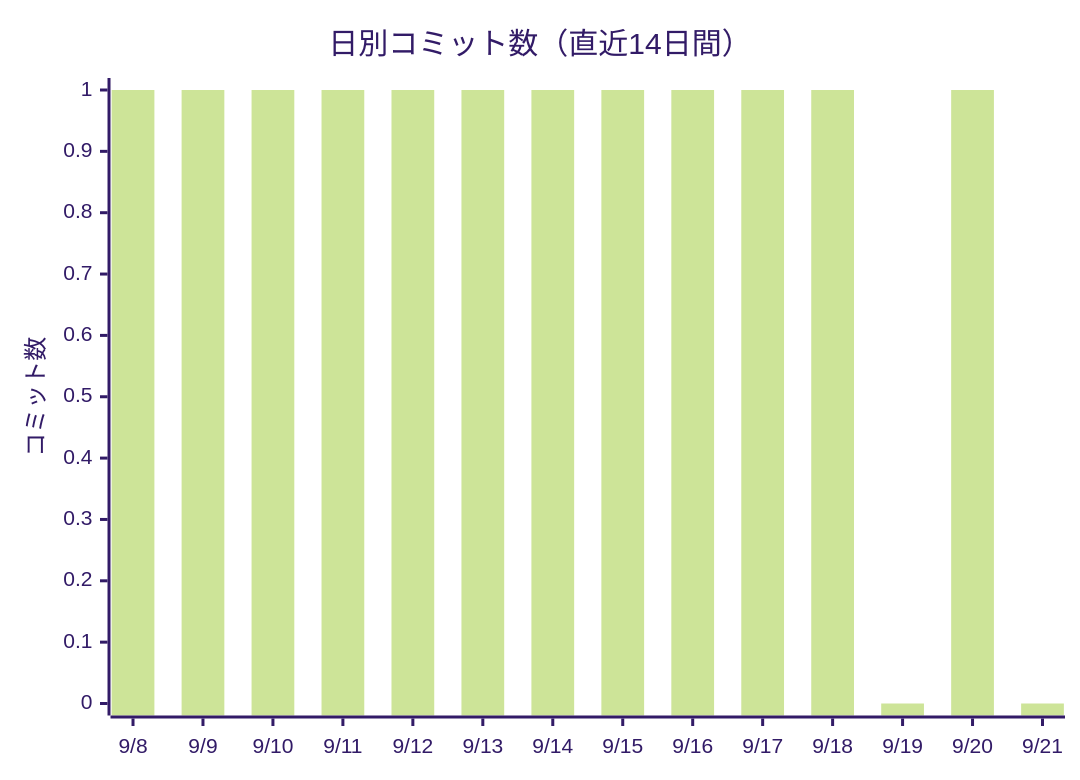
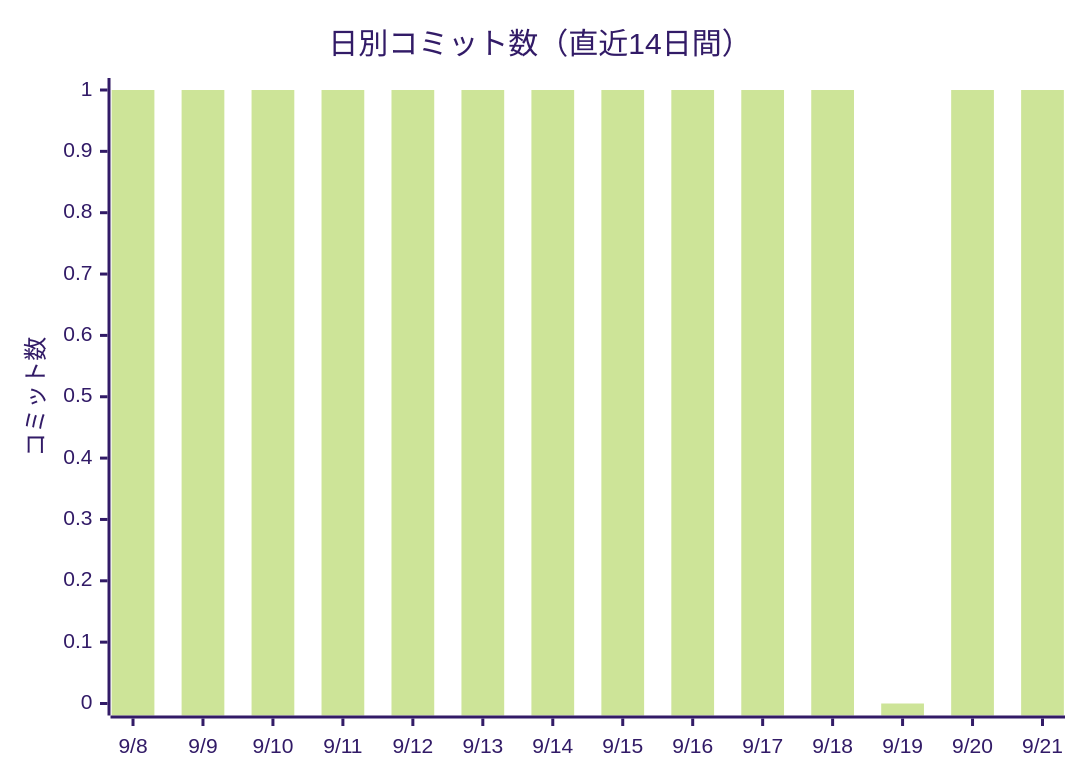
Before and after one commit to non-x2/non-x2: the first of 2 diagrams in docs/進化レポート.md, drawn with Mermaid (forest theme). The commit also changed other lines of this file and 1 other file, not shown here.

````diff
--- a/docs/進化レポート.md
+++ b/docs/進化レポート.md
@@ -23,7 +23,7 @@
 ```mermaid
 xychart-beta
     title "日別コミット数（直近14日間）"
     x-axis ["9/8", "9/9", "9/10", "9/11", "9/12", "9/13", "9/14", "9/15", "9/16", "9/17", "9/18", "9/19", "9/20", "9/21"]
     y-axis "コミット数"
-    bar [1, 1, 1, 1, 1, 1, 1, 1, 1, 1, 1, 0, 1, 0]
+    bar [1, 1, 1, 1, 1, 1, 1, 1, 1, 1, 1, 0, 1, 1]
 ```
````
